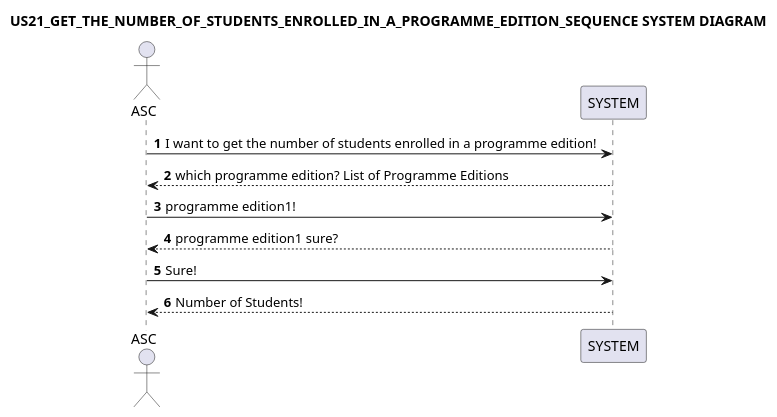
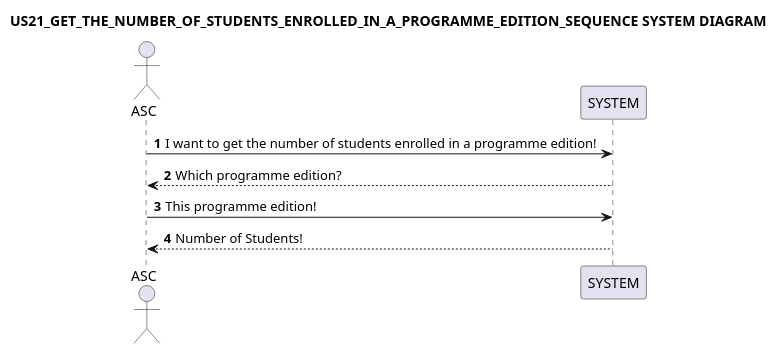
Before and after one commit to GasparISEP/DevOps-PAI: the diagram in docs/US21/US21_IWantToGetTheNumberOfStudentsEnrolledInAProgrammeEdition_SSD.puml, drawn with PlantUML. The commit also changed 2 other files, not shown here.

```diff
--- a/docs/US21/US21_IWantToGetTheNumberOfStudentsEnrolledInAProgrammeEdition_SSD.puml
+++ b/docs/US21/US21_IWantToGetTheNumberOfStudentsEnrolledInAProgrammeEdition_SSD.puml
@@ -1,14 +1,12 @@
 @startuml
 title: US21_GET_THE_NUMBER_OF_STUDENTS_ENROLLED_IN_A_PROGRAMME_EDITION_SEQUENCE SYSTEM DIAGRAM
 autonumber
 
 actor ASC
 participant SYSTEM
 ASC -> SYSTEM:  I want to get the number of students enrolled in a programme edition!
-SYSTEM --> ASC -- : which programme edition? List of Programme Editions
-ASC -> SYSTEM: programme edition1!
-SYSTEM --> ASC -- : programme edition1 sure?
-ASC -> SYSTEM: Sure!
+SYSTEM --> ASC -- : Which programme edition?
+ASC -> SYSTEM: This programme edition!
 SYSTEM --> ASC -- : Number of Students!
 
 @enduml
```
